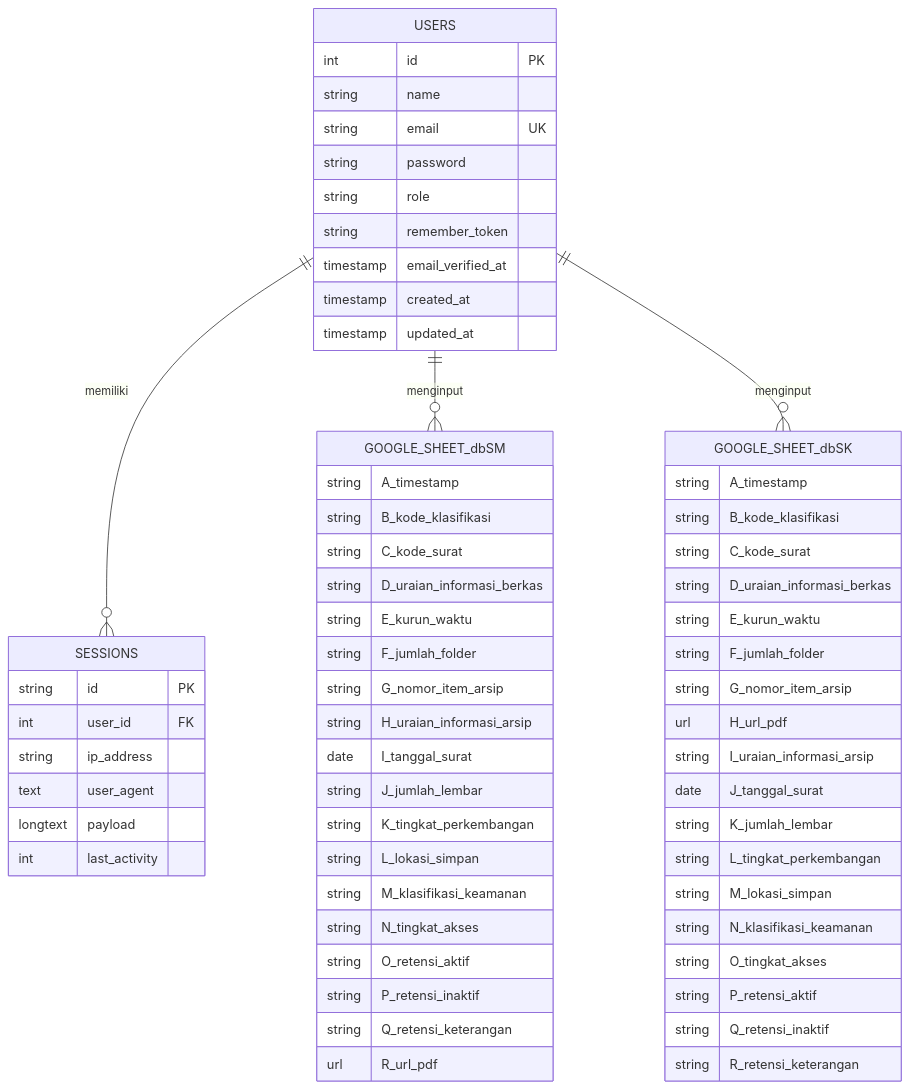
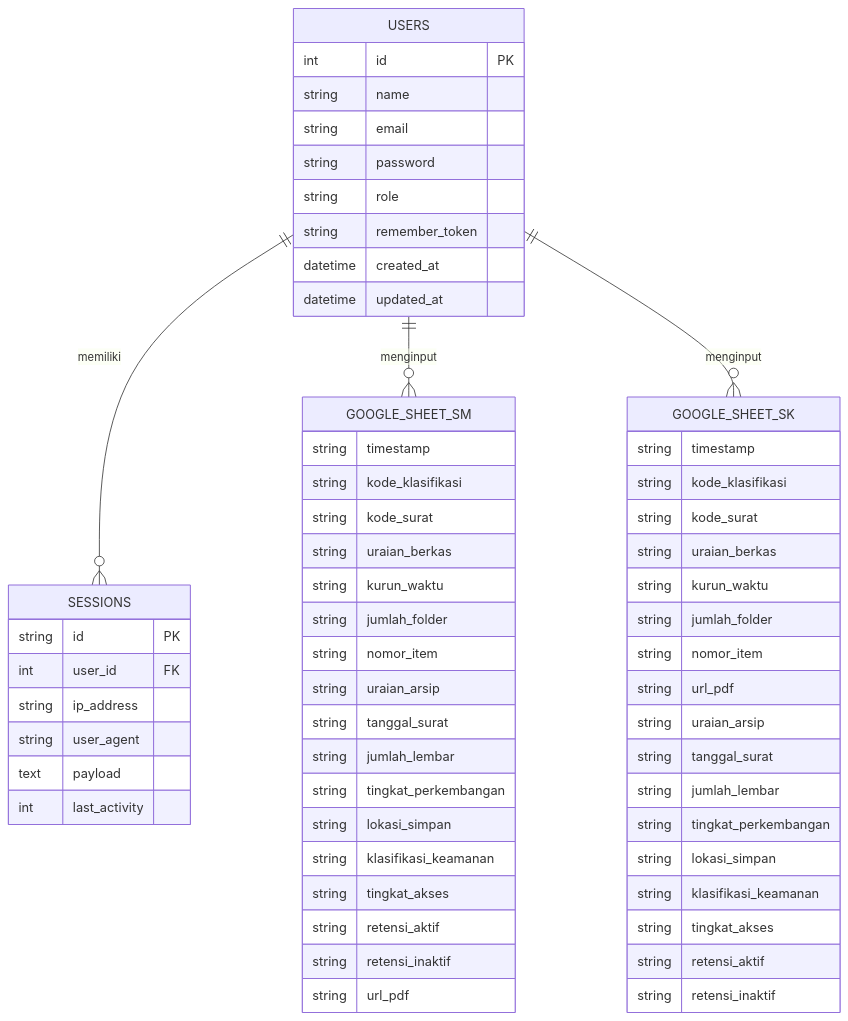
The third of 3 diagrams in README.md (Rpl087/PROJECT-MAGANG), drawn with Mermaid before and after one commit. The commit also changed other lines of this file, not shown here.

````diff
--- a/README.md
+++ b/README.md
@@ -195,69 +158,66 @@
 ```mermaid
 erDiagram
     USERS {
         int id PK
         string name
-        string email UK
+        string email
         string password
         string role
         string remember_token
-        timestamp email_verified_at
-        timestamp created_at
-        timestamp updated_at
+        datetime created_at
+        datetime updated_at
     }
 
     SESSIONS {
         string id PK
         int user_id FK
         string ip_address
-        text user_agent
-        longtext payload
+        string user_agent
+        text payload
         int last_activity
     }
 
-    GOOGLE_SHEET_dbSM {
-        string A_timestamp
-        string B_kode_klasifikasi
-        string C_kode_surat
-        string D_uraian_informasi_berkas
-        string E_kurun_waktu
-        string F_jumlah_folder
-        string G_nomor_item_arsip
-        string H_uraian_informasi_arsip
-        date   I_tanggal_surat
-        string J_jumlah_lembar
-        string K_tingkat_perkembangan
-        string L_lokasi_simpan
-        string M_klasifikasi_keamanan
-        string N_tingkat_akses
-        string O_retensi_aktif
-        string P_retensi_inaktif
-        string Q_retensi_keterangan
-        url    R_url_pdf
+    GOOGLE_SHEET_SM {
+        string timestamp
+        string kode_klasifikasi
+        string kode_surat
+        string uraian_berkas
+        string kurun_waktu
+        string jumlah_folder
+        string nomor_item
+        string uraian_arsip
+        string tanggal_surat
+        string jumlah_lembar
+        string tingkat_perkembangan
+        string lokasi_simpan
+        string klasifikasi_keamanan
+        string tingkat_akses
+        string retensi_aktif
+        string retensi_inaktif
+        string url_pdf
     }
 
-    GOOGLE_SHEET_dbSK {
-        string A_timestamp
-        string B_kode_klasifikasi
-        string C_kode_surat
-        string D_uraian_informasi_berkas
-        string E_kurun_waktu
-        string F_jumlah_folder
-        string G_nomor_item_arsip
-        url    H_url_pdf
-        string I_uraian_informasi_arsip
-        date   J_tanggal_surat
-        string K_jumlah_lembar
-        string L_tingkat_perkembangan
-        string M_lokasi_simpan
-        string N_klasifikasi_keamanan
-        string O_tingkat_akses
-        string P_retensi_aktif
-        string Q_retensi_inaktif
-        string R_retensi_keterangan
+    GOOGLE_SHEET_SK {
+        string timestamp
+        string kode_klasifikasi
+        string kode_surat
+        string uraian_berkas
+        string kurun_waktu
+        string jumlah_folder
+        string nomor_item
+        string url_pdf
+        string uraian_arsip
+        string tanggal_surat
+        string jumlah_lembar
+        string tingkat_perkembangan
+        string lokasi_simpan
+        string klasifikasi_keamanan
+        string tingkat_akses
+        string retensi_aktif
+        string retensi_inaktif
     }
 
     USERS ||--o{ SESSIONS : "memiliki"
-    USERS ||--o{ GOOGLE_SHEET_dbSM : "menginput"
-    USERS ||--o{ GOOGLE_SHEET_dbSK : "menginput"
+    USERS ||--o{ GOOGLE_SHEET_SM : "menginput"
+    USERS ||--o{ GOOGLE_SHEET_SK : "menginput"
 ```
````
